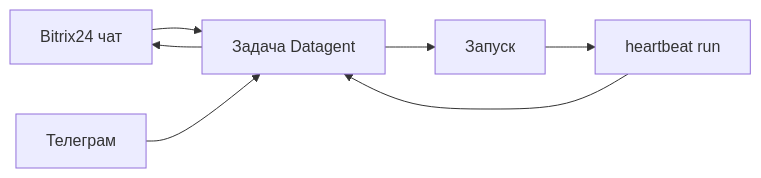
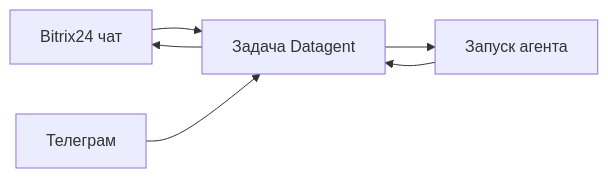
Before and after one commit to Dmitriion/datagent-docs: the diagram in docs/guides/06-channels.md, drawn with Mermaid. The commit also changed other lines of this file and 66 other files, not shown here.

````diff
--- a/docs/guides/06-channels.md
+++ b/docs/guides/06-channels.md
@@ -55,9 +57,8 @@
 ```mermaid
 flowchart LR
   B24[Bitrix24 чат] --> Issue[Задача Datagent]
   TG[Телеграм] --> Issue
-  Issue --> RunStart[Запуск]
-  RunStart --> Run[heartbeat run]
+  Issue --> Run[Запуск агента]
   Run --> Issue
   Issue --> B24
 ```
````
